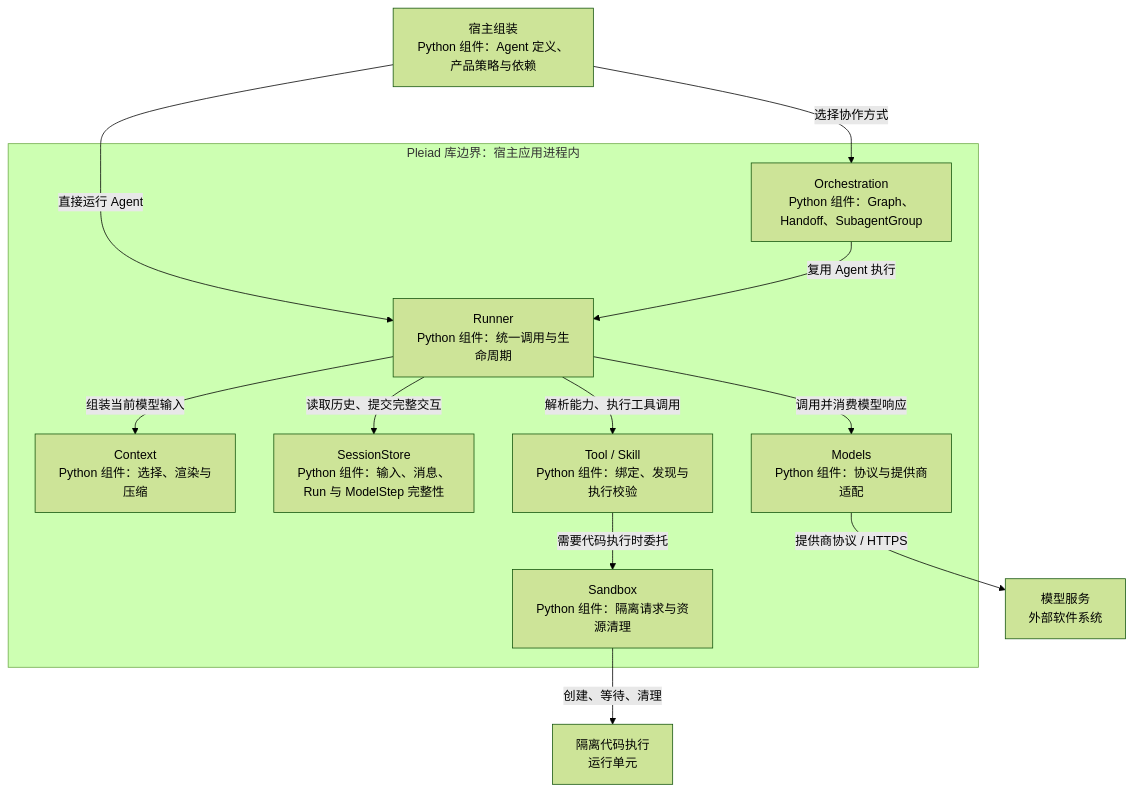
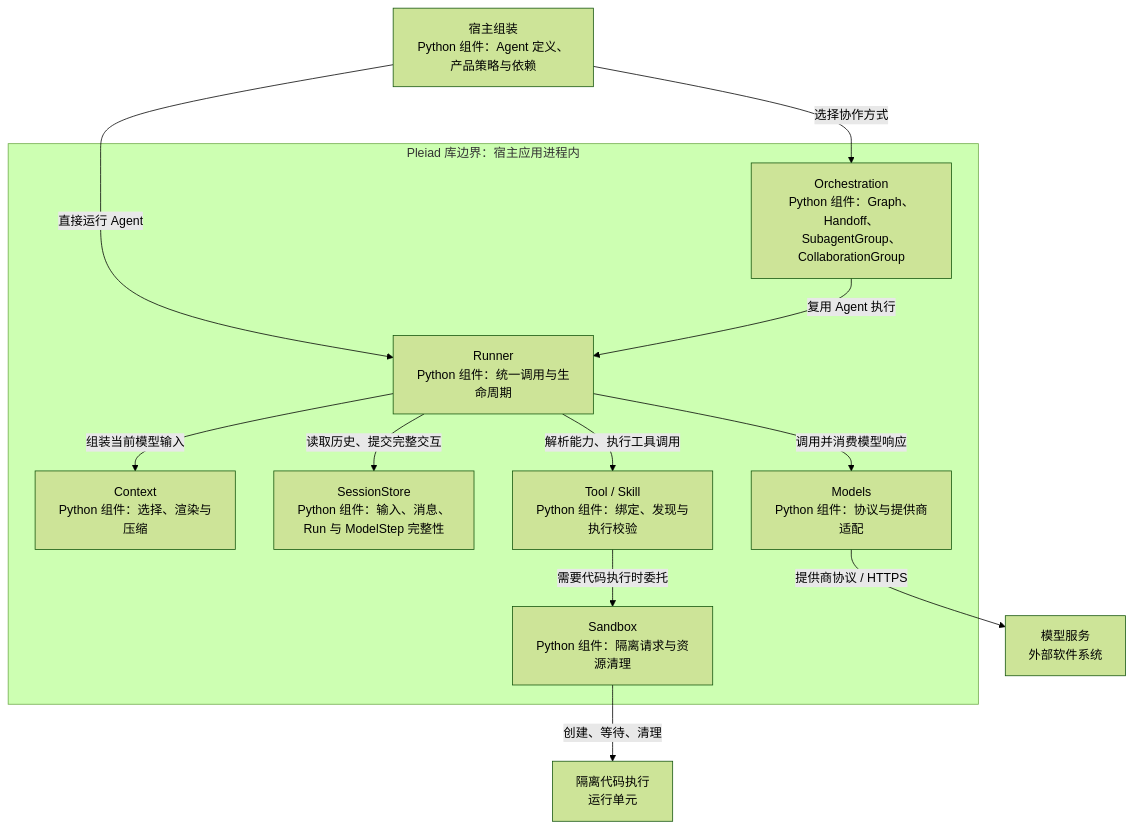
One commit to RyzeAngler/Pleiad changed the third of 3 diagrams in docs/pleiad-architecture.md. Above: the diagram before and after it, drawn with Mermaid (forest theme). The commit also changed other lines of this file and 113 other files, not shown here.

````diff
--- a/docs/pleiad-architecture.md
+++ b/docs/pleiad-architecture.md
@@ -99,27 +99,27 @@
 ```mermaid
 flowchart TB
     Product["宿主组装<br/>Python 组件：Agent 定义、产品策略与依赖"]
     Model["模型服务<br/>外部软件系统"]
     Execution["隔离代码执行<br/>运行单元"]
 
     subgraph Library["Pleiad 库边界：宿主应用进程内"]
-        Orchestration["Orchestration<br/>Python 组件：Graph、Handoff、SubagentGroup"]
+        Orchestration["Orchestration<br/>Python 组件：Graph、Handoff、SubagentGroup、CollaborationGroup"]
         Runner["Runner<br/>Python 组件：统一调用与生命周期"]
         Context["Context<br/>Python 组件：选择、渲染与压缩"]
         Memory["SessionStore<br/>Python 组件：输入、消息、Run 与 ModelStep 完整性"]
         Capabilities["Tool / Skill<br/>Python 组件：绑定、发现与执行校验"]
         Models["Models<br/>Python 组件：协议与提供商适配"]
         Sandbox["Sandbox<br/>Python 组件：隔离请求与资源清理"]
     end
 
     Product -->|"直接运行 Agent"| Runner
     Product -->|"选择协作方式"| Orchestration
     Orchestration -->|"复用 Agent 执行"| Runner
     Runner -->|"组装当前模型输入"| Context
     Runner -->|"读取历史、提交完整交互"| Memory
     Runner -->|"解析能力、执行工具调用"| Capabilities
     Runner -->|"调用并消费模型响应"| Models
     Capabilities -->|"需要代码执行时委托"| Sandbox
     Models -->|"提供商协议 / HTTPS"| Model
     Sandbox -->|"创建、等待、清理"| Execution
 ```
````
